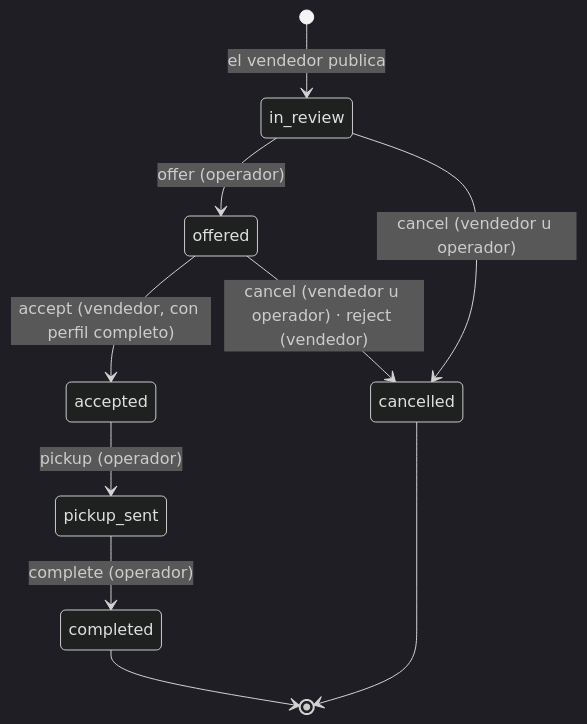
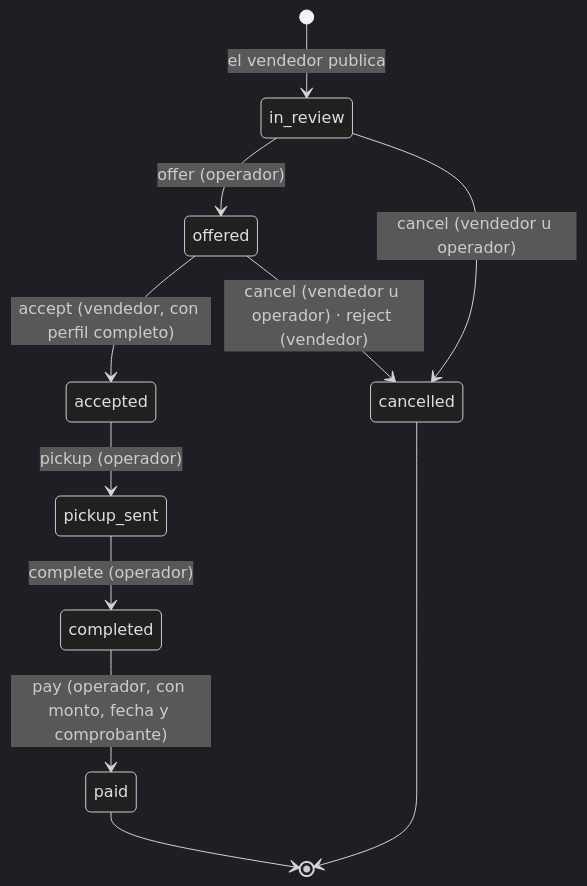
One commit to soyandresdev/trueke changed the second of 2 diagrams in docs/es/arquitectura.md. Above: the diagram before and after it, drawn with Mermaid (dark theme). The commit also changed 34 other files, not shown here.

````diff
--- a/docs/es/arquitectura.md
+++ b/docs/es/arquitectura.md
@@ -41,12 +41,13 @@
 ```mermaid
 stateDiagram-v2
   [*] --> in_review: el vendedor publica
   in_review --> offered: offer (operador)
   offered --> accepted: accept (vendedor, con perfil completo)
   accepted --> pickup_sent: pickup (operador)
   pickup_sent --> completed: complete (operador)
+  completed --> paid: pay (operador, con monto, fecha y comprobante)
   in_review --> cancelled: cancel (vendedor u operador)
   offered --> cancelled: cancel (vendedor u operador) · reject (vendedor)
-  completed --> [*]
+  paid --> [*]
   cancelled --> [*]
 ```
````
